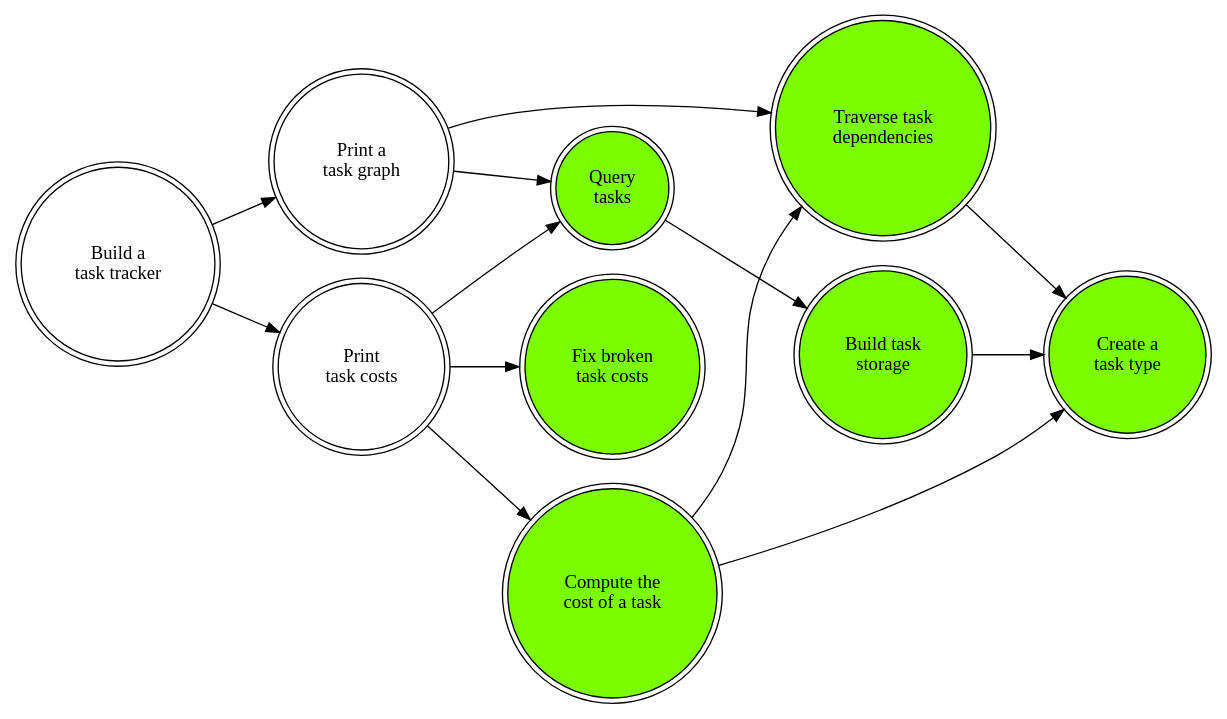
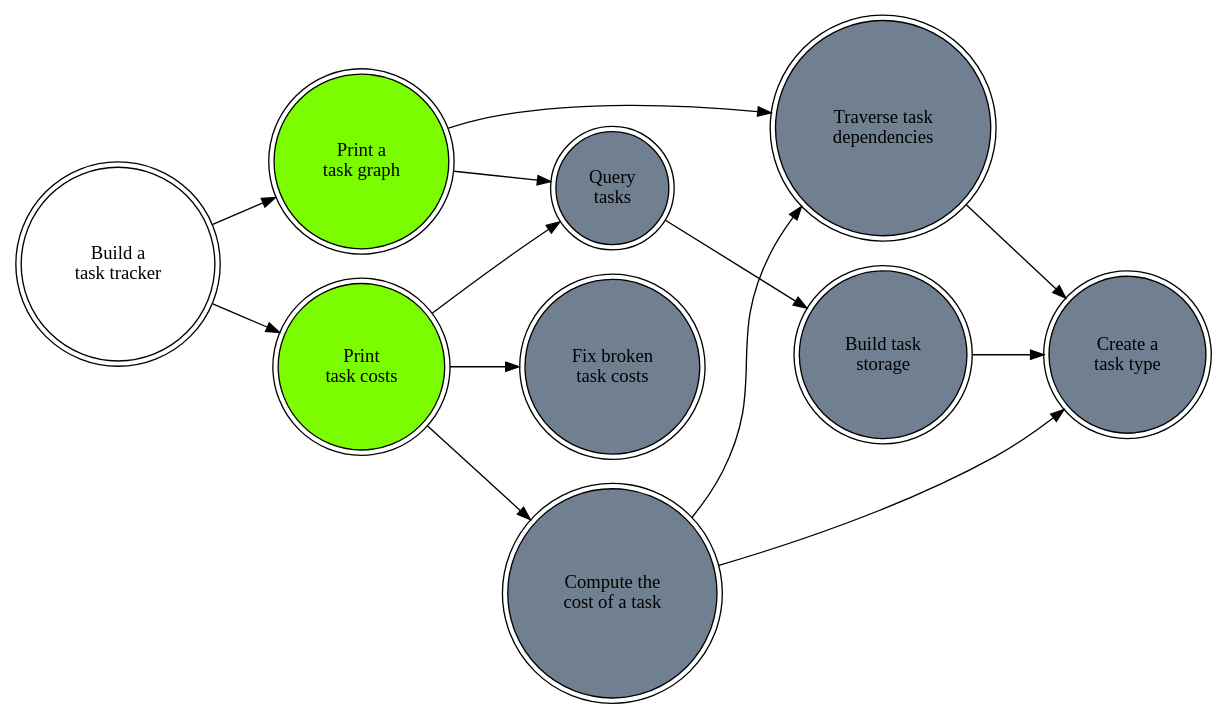
Before and after one commit to nuttycom/lc_winter-2018: the diagram in dags/tasks5.dot, drawn with Graphviz. The commit also changed 9 other files, not shown here.

```diff
--- a/dags/tasks5.dot
+++ b/dags/tasks5.dot
@@ -1,26 +1,26 @@
 digraph G {
   rankdir="LR";
   node [shape=doublecircle]
   tt  [label="Build a\ntask tracker"]
-  ct  [label="Create a\ntask type"; style="filled"; fillcolor="lawngreen"]
-  ptg [label="Print a\ntask graph"]
-  ptc [label="Print\ntask costs"]
-  qt  [label="Query\ntasks"; style="filled"; fillcolor="lawngreen"]
-  bts [label="Build task\nstorage"; style="filled"; fillcolor="lawngreen"]
-  ctc [label="Compute the\ncost of a task"; style="filled"; fillcolor="lawngreen"]
-  ttd [label="Traverse task\ndependencies"; style="filled"; fillcolor="lawngreen"]
-  ftc [label="Fix broken\ntask costs"; style=filled; fillcolor="lawngreen"]
+  ct  [label="Create a\ntask type"; style="filled"; fillcolor="slategray"]
+  ptg [label="Print a\ntask graph"; style="filled"; fillcolor="lawngreen"]
+  ptc [label="Print\ntask costs"; style="filled"; fillcolor="lawngreen"]
+  qt  [label="Query\ntasks"; style="filled"; fillcolor="slategray"]
+  bts [label="Build task\nstorage"; style="filled"; fillcolor="slategray"]
+  ctc [label="Compute the\ncost of a task"; style="filled"; fillcolor="slategray"]
+  ttd [label="Traverse task\ndependencies"; style="filled"; fillcolor="slategray"]
+  ftc [label="Fix broken\ntask costs"; style=filled; fillcolor="slategray"]
 
   tt  -> ptg
   ptg -> qt
   qt  -> bts
   tt  -> ptc
   ptc -> qt
   ptc -> ctc
   ctc -> ct
   bts -> ct
   ptg -> ttd
   ttd -> ct
   ctc -> ttd
   ptc -> ftc
 }
```
